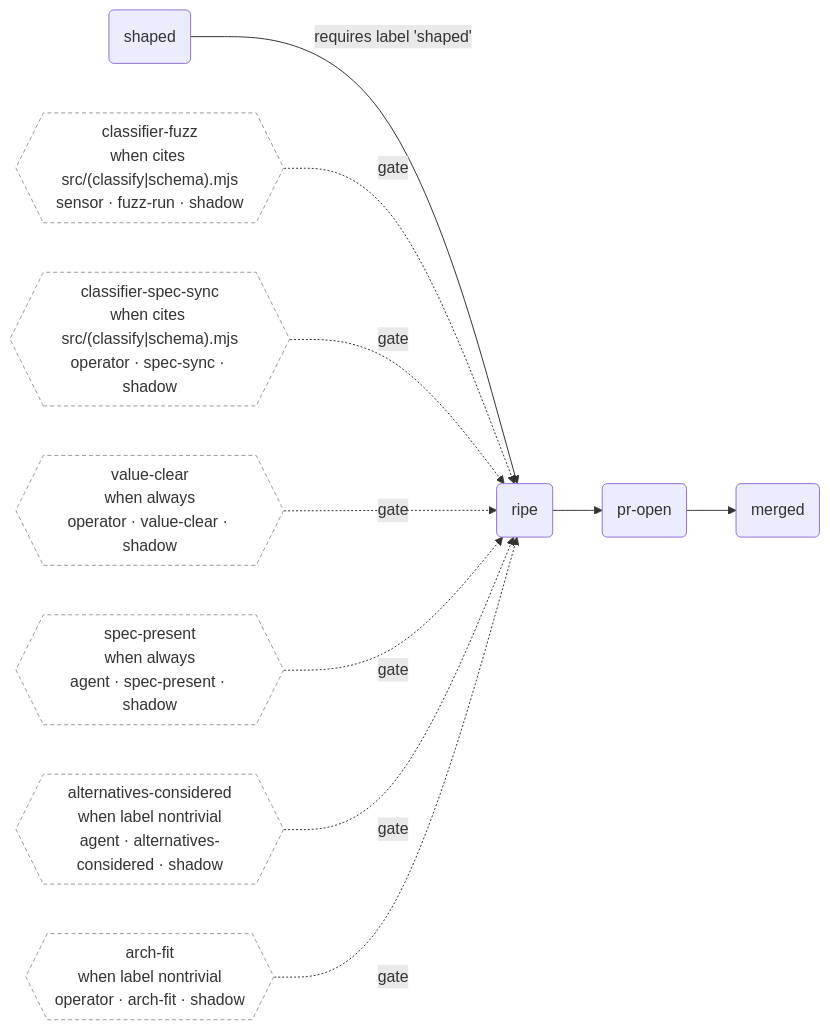
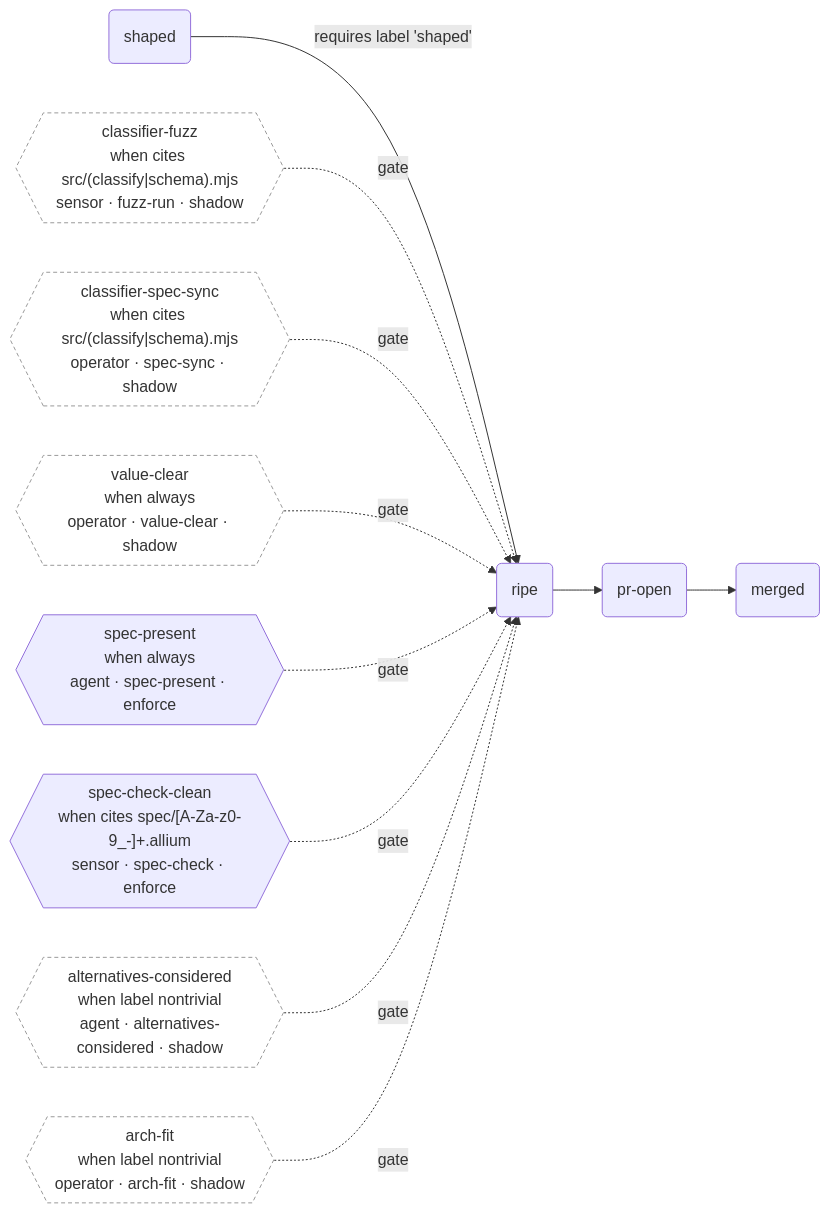
Before and after one commit to jimdowning/tiller: the first of 2 diagrams in README.md, drawn with Mermaid. The commit also changed 2 other files, not shown here.

Commit message:
feat(gates): enforce cited-spec cleanliness + spec presence
Port the engine-default `spec-check-clean` sensor gate into tiller's own
`tiller.config.mjs` (ADR 0003 follow-up). It binds on any delivery goal
citing a `spec/*.allium` path and requires the cited specs to pass
`allium check` + `allium analyse` with 0 errors / 0 warnings (info allowed),
via a `kind: 'allium'` sensor — the mechanical other half of `spec-present`'s
agent-certified coverage judgement.

By operator decision both `spec-present` and the new `spec-check-clean` go
straight to `mode: 'enforce'`, overriding the shadow-first graduation the
other ADR-0003 gates follow: the clean-check is deterministic and
low-false-positive, and presence should bite now. ADR 0003 updated with a
dated Update section recording the port and the enforce override.

Regenerate the README workflow diagram so the diagram-drift gate stays green.

````diff
--- a/README.md
+++ b/README.md
@@ -113,30 +113,33 @@
 ```mermaid
 graph LR
   classDef gate fill:#fff,stroke:#999,stroke-dasharray:4 3;
   classDef enforce stroke:#c00,stroke-width:2px;
   s_shaped("shaped")
   s_ripe("ripe")
   s_pr_open("pr-open")
   s_merged("merged")
   s_shaped -->|requires label 'shaped'| s_ripe
   s_ripe --> s_pr_open
   s_pr_open --> s_merged
   g_classifier_fuzz{{"classifier-fuzz<br/>when cites src/(classify|schema).mjs<br/>sensor · fuzz-run · shadow"}}
   g_classifier_fuzz -.gate.-> s_ripe
   class g_classifier_fuzz gate
   g_classifier_spec_sync{{"classifier-spec-sync<br/>when cites src/(classify|schema).mjs<br/>operator · spec-sync · shadow"}}
   g_classifier_spec_sync -.gate.-> s_ripe
   class g_classifier_spec_sync gate
   g_value_clear{{"value-clear<br/>when always<br/>operator · value-clear · shadow"}}
   g_value_clear -.gate.-> s_ripe
   class g_value_clear gate
-  g_spec_present{{"spec-present<br/>when always<br/>agent · spec-present · shadow"}}
+  g_spec_present{{"spec-present<br/>when always<br/>agent · spec-present · enforce"}}
   g_spec_present -.gate.-> s_ripe
-  class g_spec_present gate
+  class g_spec_present gate,enforce
+  g_spec_check_clean{{"spec-check-clean<br/>when cites spec/[A-Za-z0-9_-]+.allium<br/>sensor · spec-check · enforce"}}
+  g_spec_check_clean -.gate.-> s_ripe
+  class g_spec_check_clean gate,enforce
   g_alternatives_considered{{"alternatives-considered<br/>when label nontrivial<br/>agent · alternatives-considered · shadow"}}
   g_alternatives_considered -.gate.-> s_ripe
   class g_alternatives_considered gate
   g_arch_fit{{"arch-fit<br/>when label nontrivial<br/>operator · arch-fit · shadow"}}
   g_arch_fit -.gate.-> s_ripe
   class g_arch_fit gate
 ```
````
